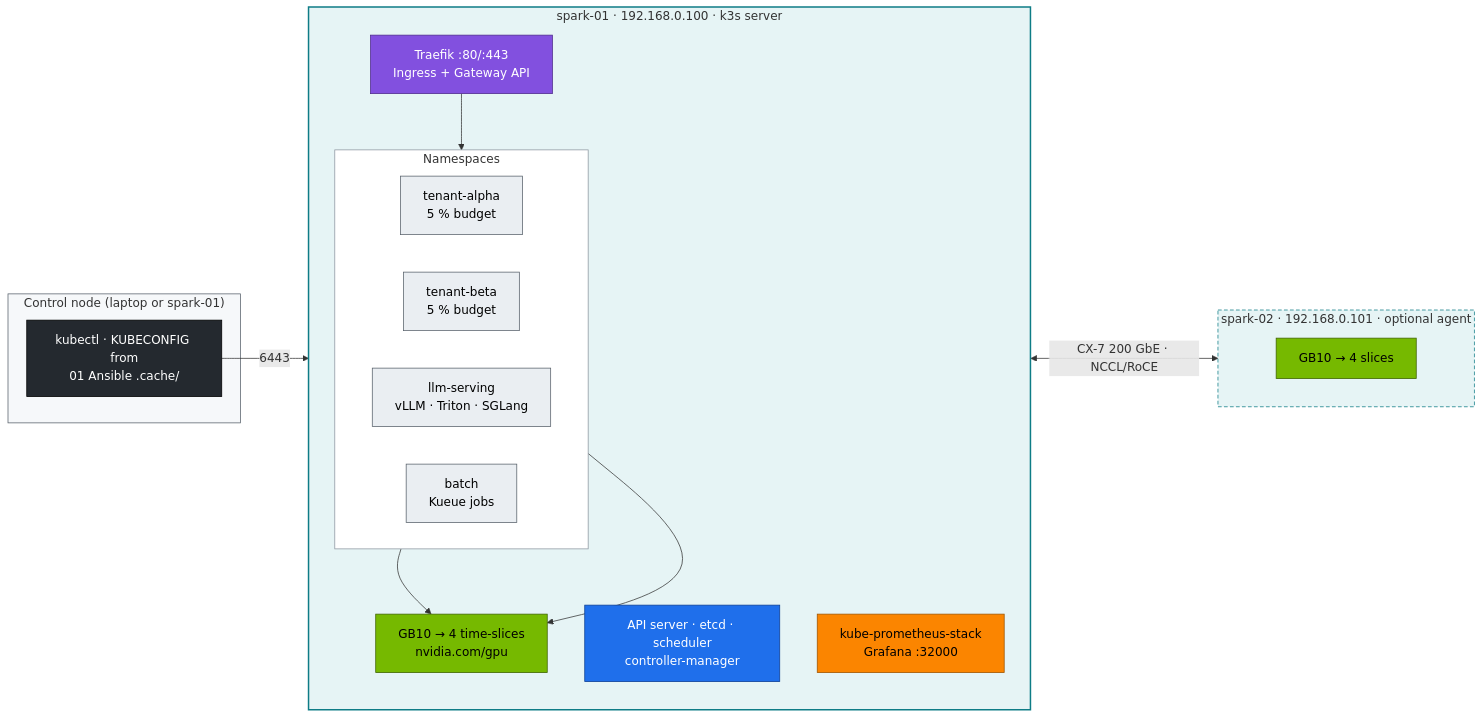
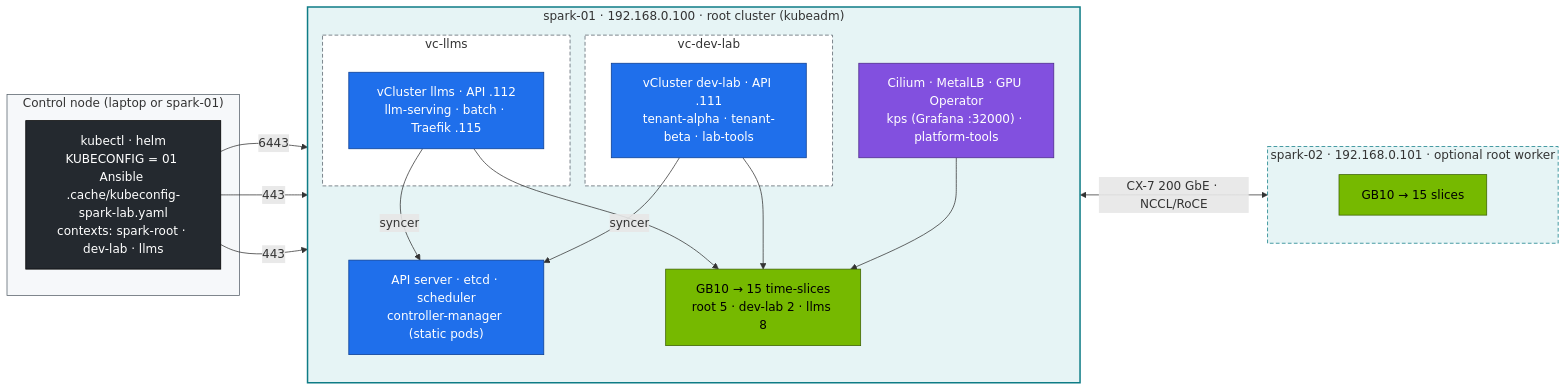
Before and after one commit to cloudone365/technical-depth: the diagram in 02 Kubernetes/lab/README.md, drawn with Mermaid. The commit also changed other lines of this file and 5 other files, not shown here.

````diff
--- a/02 Kubernetes/lab/README.md
+++ b/02 Kubernetes/lab/README.md
@@ -40,44 +63,42 @@
 ```mermaid
 flowchart LR
   subgraph CTL["Control node (laptop or spark-01)"]
-    K["kubectl · KUBECONFIG from<br/>01 Ansible .cache/"]
+    K["kubectl · helm<br/>KUBECONFIG = 01 Ansible .cache/kubeconfig-spark-lab.yaml<br/>contexts: spark-root · dev-lab · llms"]
   end
-  subgraph S1["spark-01 · 192.168.0.100 · k3s server"]
+  subgraph S1["spark-01 · 192.168.0.100 · root cluster (kubeadm)"]
     direction TB
-    CP["API server · etcd · scheduler<br/>controller-manager"]
-    subgraph NS["Namespaces"]
-      direction LR
-      TA["tenant-alpha<br/>5 % budget"]
-      TB["tenant-beta<br/>5 % budget"]
-      LS["llm-serving<br/>vLLM · Triton · SGLang"]
-      BA["batch<br/>Kueue jobs"]
+    CP["API server · etcd · scheduler<br/>controller-manager (static pods)"]
+    PL["Cilium · MetalLB · GPU Operator<br/>kps (Grafana :32000) · platform-tools"]
+    subgraph VD["vc-dev-lab"]
+      DV["vCluster dev-lab · API .111<br/>tenant-alpha · tenant-beta · lab-tools"]
     end
-    ING["Traefik :80/:443<br/>Ingress + Gateway API"]
-    OBS["kube-prometheus-stack<br/>Grafana :32000"]
-    GPU["GB10 → 4 time-slices<br/>nvidia.com/gpu"]
+    subgraph VL["vc-llms"]
+      LV["vCluster llms · API .112<br/>llm-serving · batch · Traefik .115"]
+    end
+    GPU["GB10 → 15 time-slices<br/>root 5 · dev-lab 2 · llms 8"]
   end
-  subgraph S2["spark-02 · 192.168.0.101 · optional agent"]
-    G2["GB10 → 4 slices"]
+  subgraph S2["spark-02 · 192.168.0.101 · optional root worker"]
+    G2["GB10 → 15 slices"]
   end
   K -->|6443| CP
-  ING --> LS
-  LS --> GPU
-  BA --> GPU
+  K -->|443| DV
+  K -->|443| LV
+  DV & LV -->|syncer| CP
+  PL --> GPU
+  DV & LV --> GPU
   S1 <-->|"CX-7 200 GbE · NCCL/RoCE"| S2
   classDef ctrl fill:#1f6feb,stroke:#0b3d91,color:#fff
   classDef gpu fill:#76b900,stroke:#3d6000,color:#000
   classDef net fill:#8250df,stroke:#4c2889,color:#fff
-  classDef obs fill:#fb8500,stroke:#9a5200,color:#000
   classDef tenant fill:#eaeef2,stroke:#57606a,color:#000
   classDef ext fill:#24292f,stroke:#000,color:#fff
-  class CP ctrl
+  class CP,DV,LV ctrl
   class GPU,G2 gpu
-  class ING net
-  class OBS obs
-  class TA,TB,LS,BA tenant
+  class PL net
   class K ext
   style S1 fill:#e6f4f5,stroke:#0e7c86,stroke-width:2px
   style S2 fill:#e6f4f5,stroke:#0e7c86,stroke-dasharray:5 3
   style CTL fill:#f6f8fa,stroke:#57606a
-  style NS fill:#ffffff,stroke:#8c959f
+  style VD fill:#ffffff,stroke:#57606a,stroke-dasharray:5 3
+  style VL fill:#ffffff,stroke:#57606a,stroke-dasharray:5 3
 ```
````
